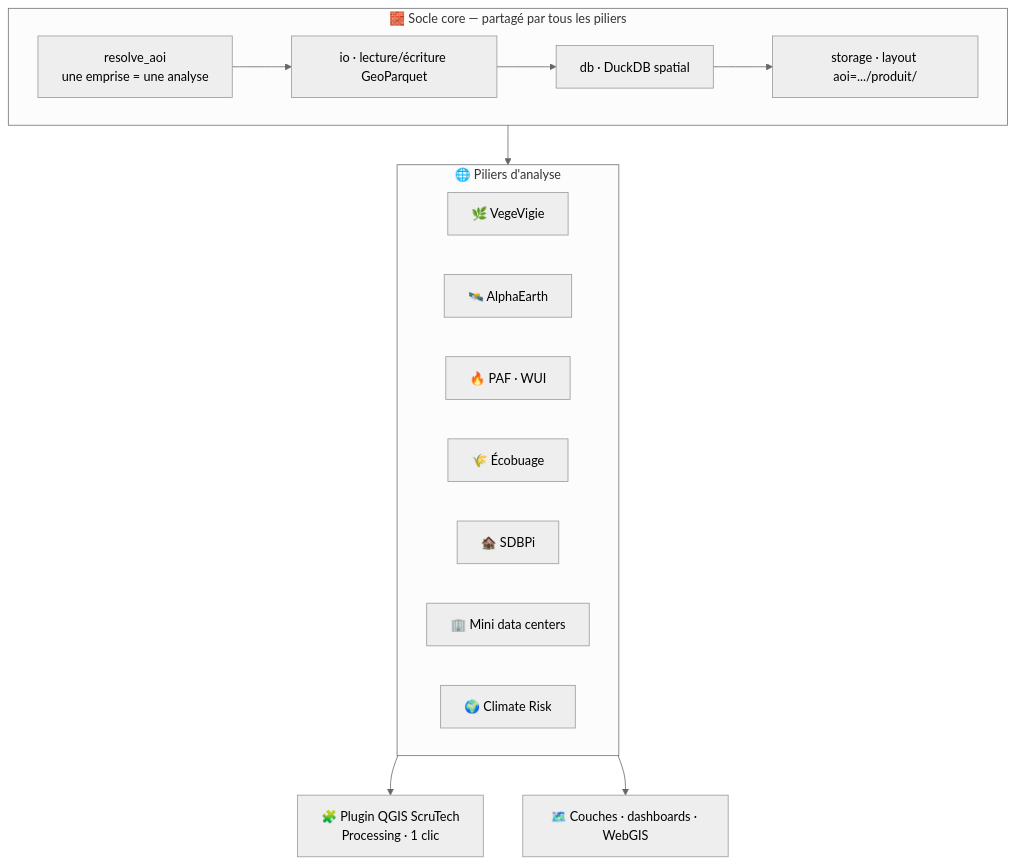
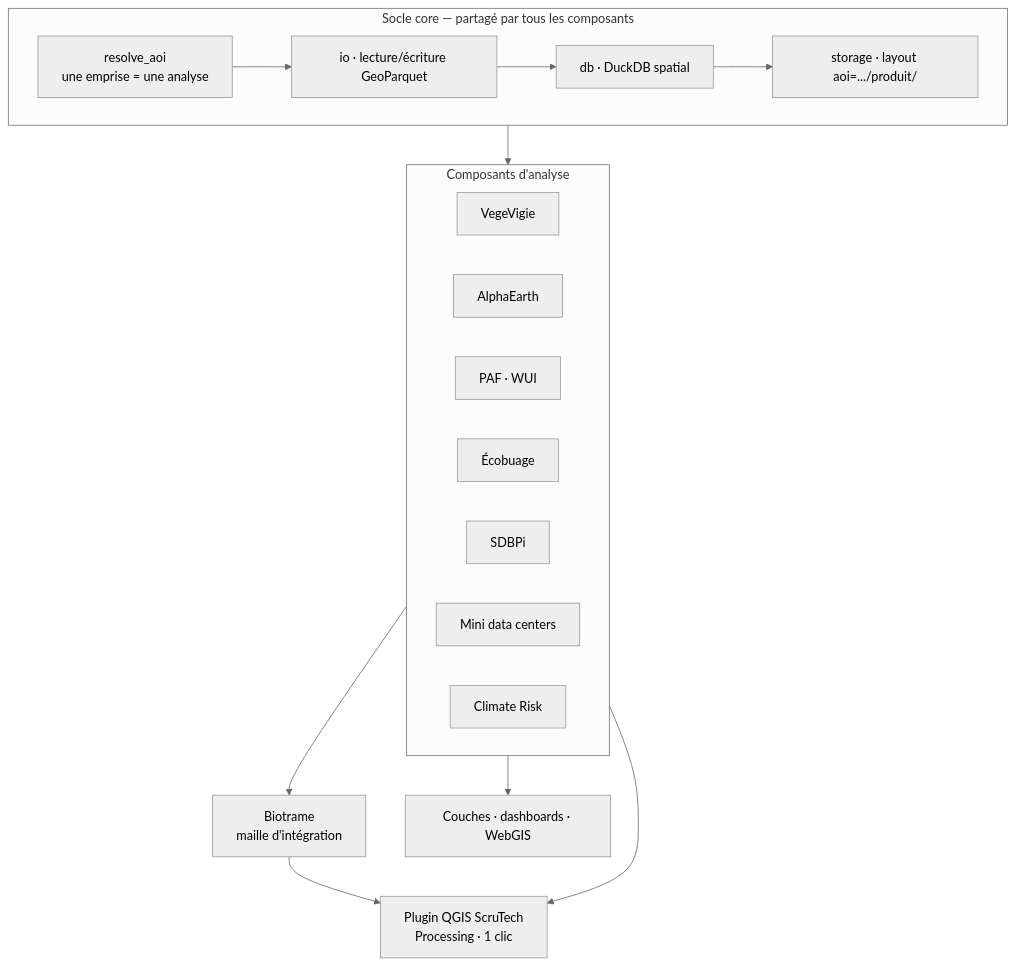
The first of 10 diagrams in README.md (BastienLebrou/portefolio_project), drawn with Mermaid (neutral theme) before and after one commit. The commit also changed other lines of this file, not shown here.

````diff
--- a/README.md
+++ b/README.md
@@ -32,22 +49,24 @@
 ```mermaid
 flowchart TB
-    subgraph Socle["🧱 Socle core — partagé par tous les piliers"]
+    subgraph Socle["Socle core — partagé par tous les composants"]
         AOI["resolve_aoi<br/>une emprise = une analyse"]
         IO["io · lecture/écriture GeoParquet"]
         DB["db · DuckDB spatial"]
         ST["storage · layout aoi=.../produit/"]
         AOI --> IO --> DB --> ST
     end
     Socle --> P
-    subgraph P["🌐 Piliers d'analyse"]
-        V["🌿 VegeVigie"]
-        AE["🛰️ AlphaEarth"]
-        PA["🔥 PAF · WUI"]
-        EC["🌾 Écobuage"]
-        SD["🏚️ SDBPi"]
-        MD["🏢 Mini data centers"]
-        CR["🌍 Climate Risk"]
+    subgraph P["Composants d'analyse"]
+        V["VegeVigie"]
+        AE["AlphaEarth"]
+        PA["PAF · WUI"]
+        EC["Écobuage"]
+        SD["SDBPi"]
+        MD["Mini data centers"]
+        CR["Climate Risk"]
     end
-    P --> QGIS["🧩 Plugin QGIS ScruTech<br/>Processing · 1 clic"]
-    P --> WEB["🗺️ Couches · dashboards · WebGIS"]
+    P --> BIO["Biotrame<br/>maille d'intégration"]
+    BIO --> QGIS["Plugin QGIS ScruTech<br/>Processing · 1 clic"]
+    P --> QGIS
+    P --> WEB["Couches · dashboards · WebGIS"]
 ```
````
